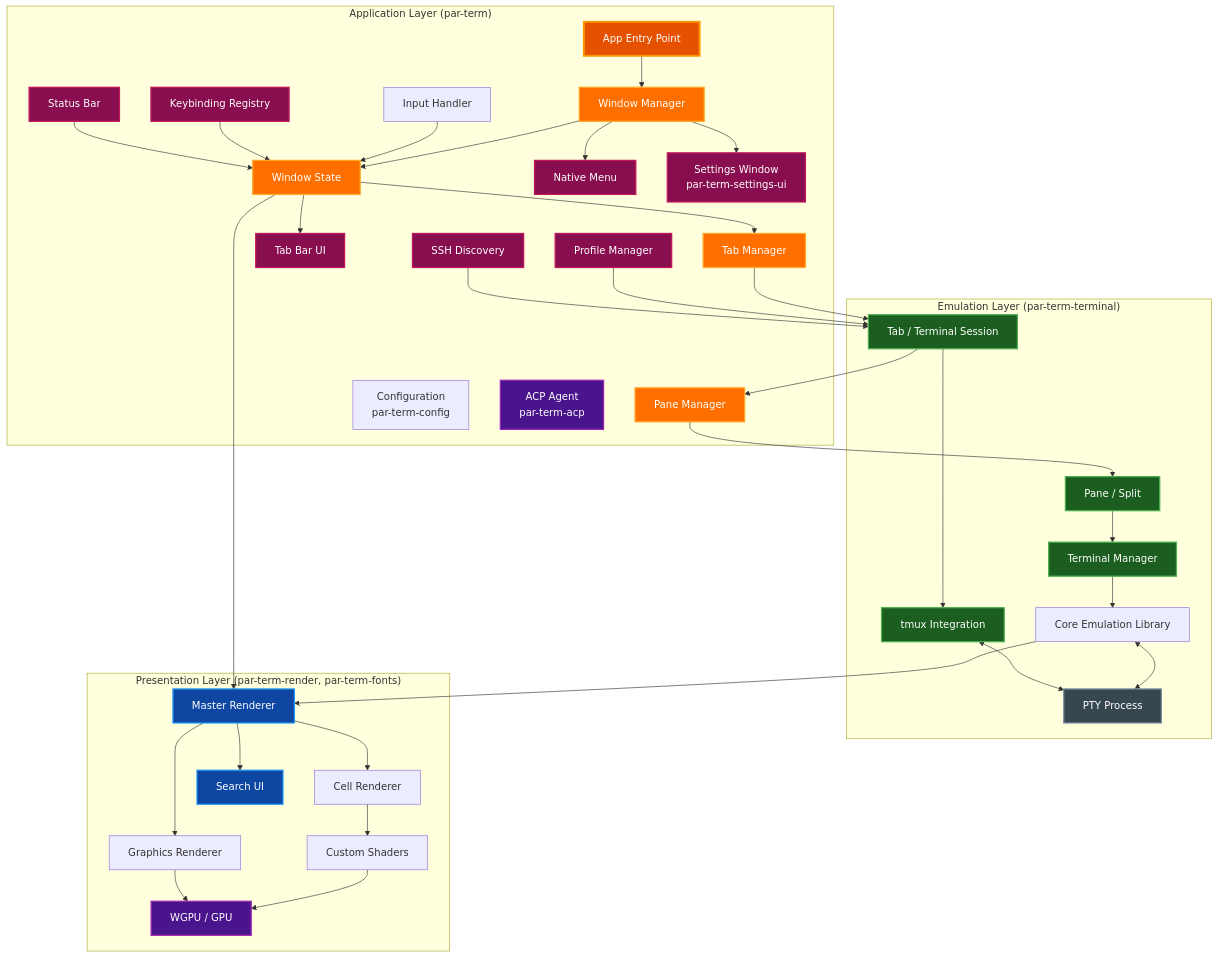
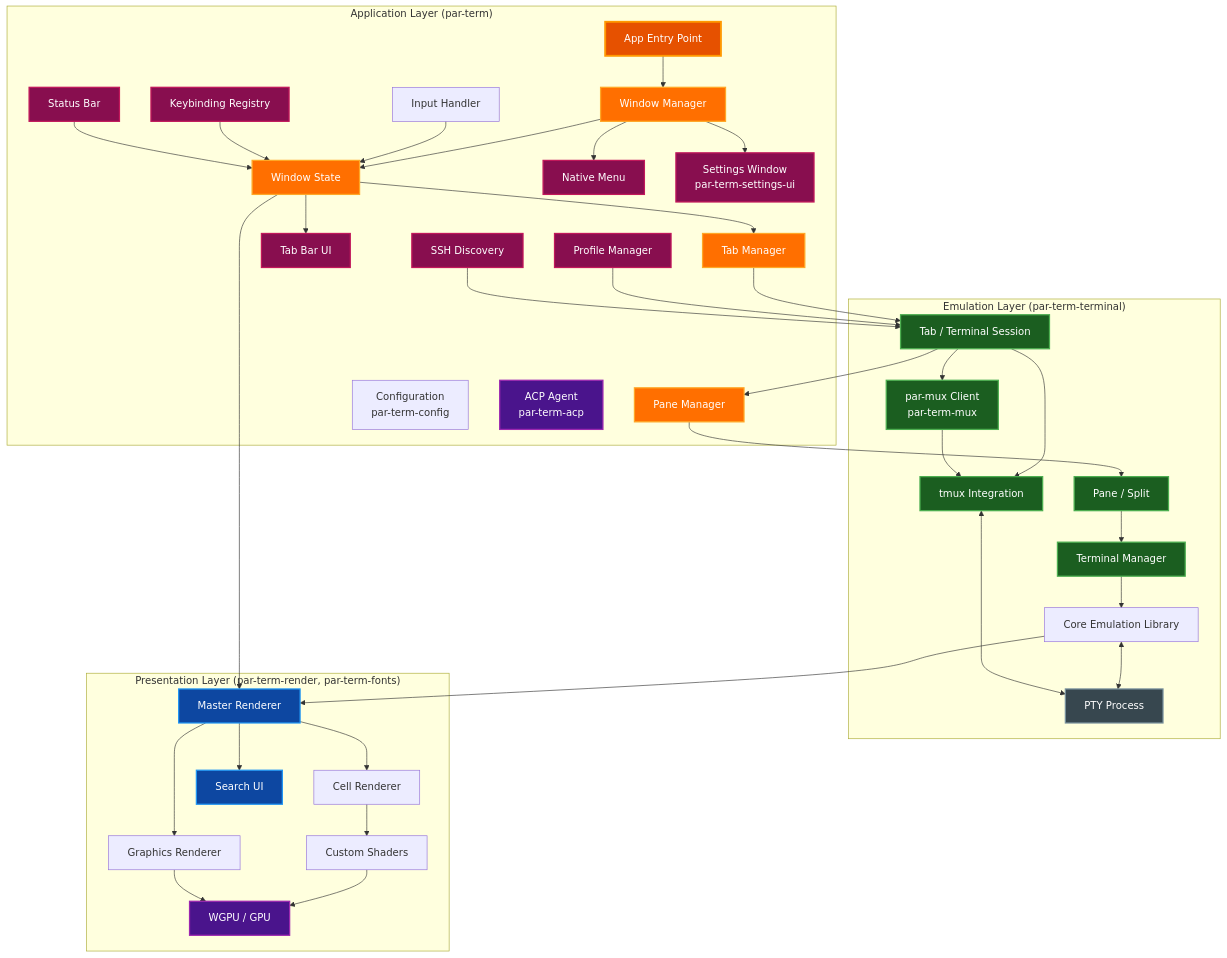
Before and after one commit to paulrobello/par-term: the first of 7 diagrams in docs/architecture/ARCHITECTURE.md, drawn with Mermaid. The commit also changed other lines of this file and 4 other files, not shown here.

Commit message:
docs: sync CONFIG_REFERENCE, ENTERPRISE_DEPLOYMENT, LOGGING, ARCHITECTURE, COMPOSITOR to impl

```diff
--- a/docs/architecture/ARCHITECTURE.md
+++ b/docs/architecture/ARCHITECTURE.md
@@ -72,6 +72,7 @@
         Core[Core Emulation Library]
         PTY[PTY Process]
         Tmux[tmux Integration]
+        MuxC[par-mux Client<br>par-term-mux]
     end
 
     subgraph "Presentation Layer (par-term-render, par-term-fonts)"
@@ -96,6 +97,8 @@
     PaneMgr --> Pane
     Pane --> TM
     Tab --> Tmux
+    Tab --> MuxC
+    MuxC --> Tmux
     Profile --> Tab
     SSH --> Tab
     StatusBar --> WS
@@ -128,6 +131,7 @@
     style Pane fill:#1b5e20,stroke:#4caf50,stroke-width:2px,color:#ffffff
     style TM fill:#1b5e20,stroke:#4caf50,stroke-width:2px,color:#ffffff
     style Tmux fill:#1b5e20,stroke:#4caf50,stroke-width:2px,color:#ffffff
+    style MuxC fill:#1b5e20,stroke:#4caf50,stroke-width:2px,color:#ffffff
     style Renderer fill:#0d47a1,stroke:#2196f3,stroke-width:2px,color:#ffffff
     style Search fill:#0d47a1,stroke:#2196f3,stroke-width:2px,color:#ffffff
     style PTY fill:#37474f,stroke:#78909c,stroke-width:2px,color:#ffffff
```
